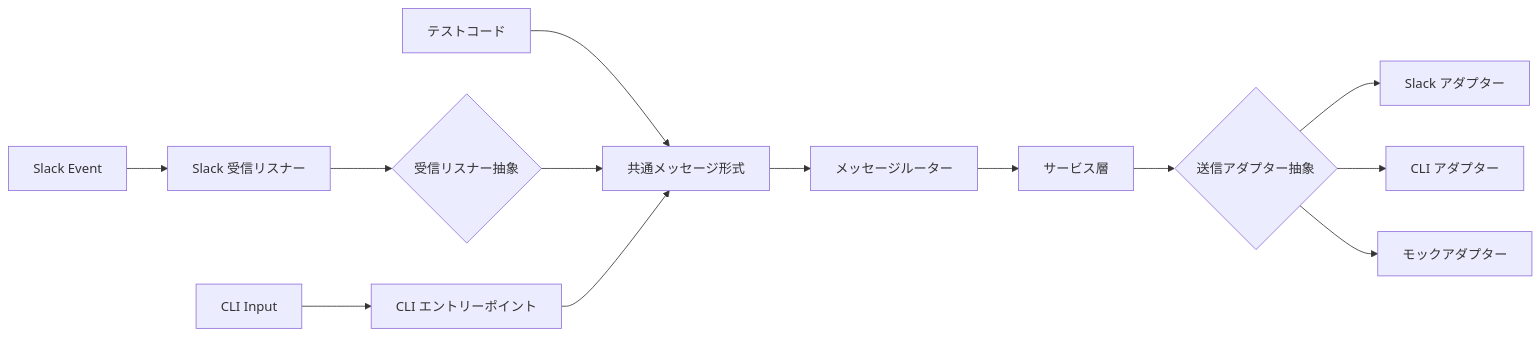
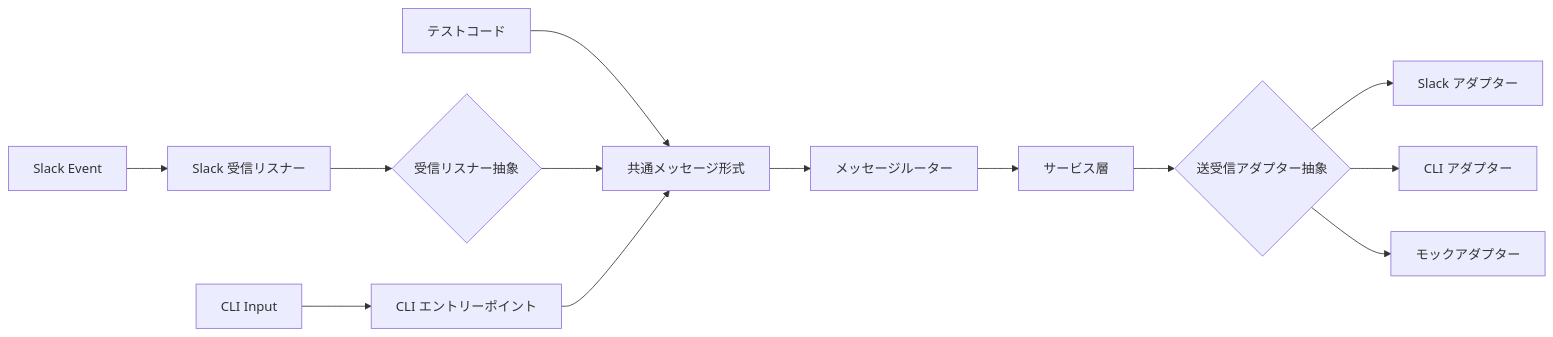
One commit to becky3/ai-assistant changed the diagram in docs/specs/features/cli-adapter.md. Above: the diagram before and after it, drawn with Mermaid. The commit also changed other lines of this file and 4 other files, not shown here.

````diff
--- a/docs/specs/features/cli-adapter.md
+++ b/docs/specs/features/cli-adapter.md
@@ -76,18 +76,18 @@
 ```mermaid
 flowchart LR
     SE[Slack Event] --> SL[Slack 受信リスナー]
     CI[CLI Input] --> CL[CLI エントリーポイント]
     TC[テストコード] --> IM[共通メッセージ形式]
 
     SL --> LP{受信リスナー抽象}
     LP --> IM
     CL --> IM
 
     IM --> MR[メッセージルーター]
     MR --> SV[サービス層]
-    SV --> MP{送信アダプター抽象}
+    SV --> MP{送受信アダプター抽象}
 
     MP --> SA[Slack アダプター]
     MP --> CA[CLI アダプター]
     MP --> MA[モックアダプター]
 ```
````
